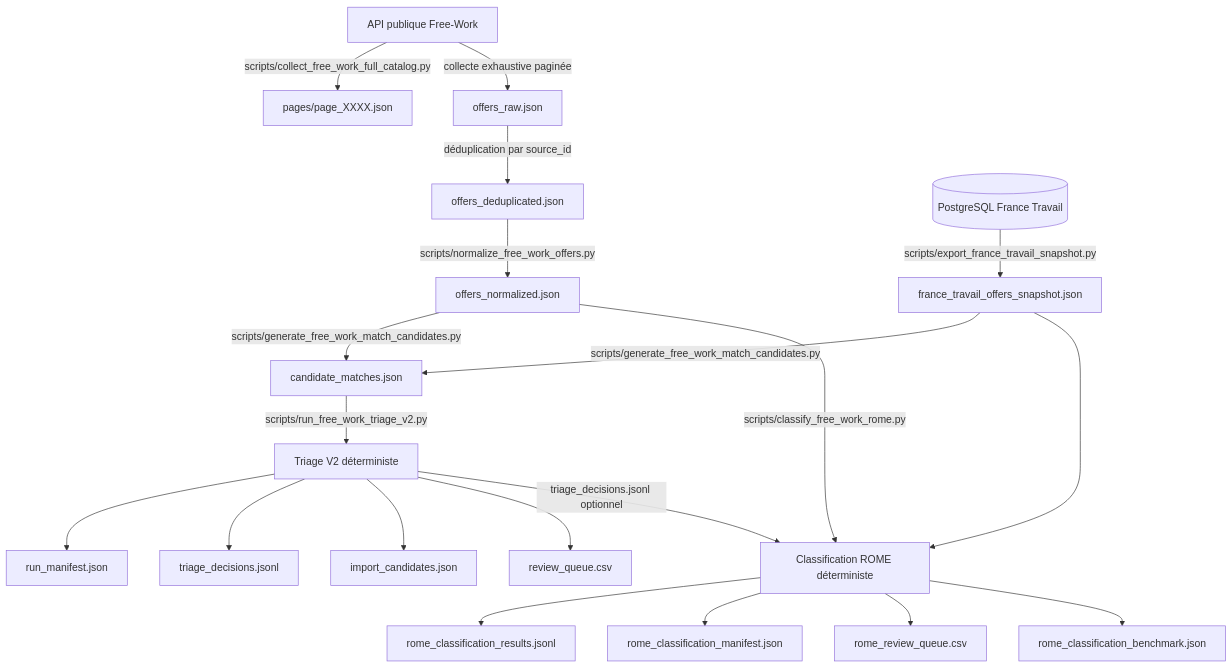
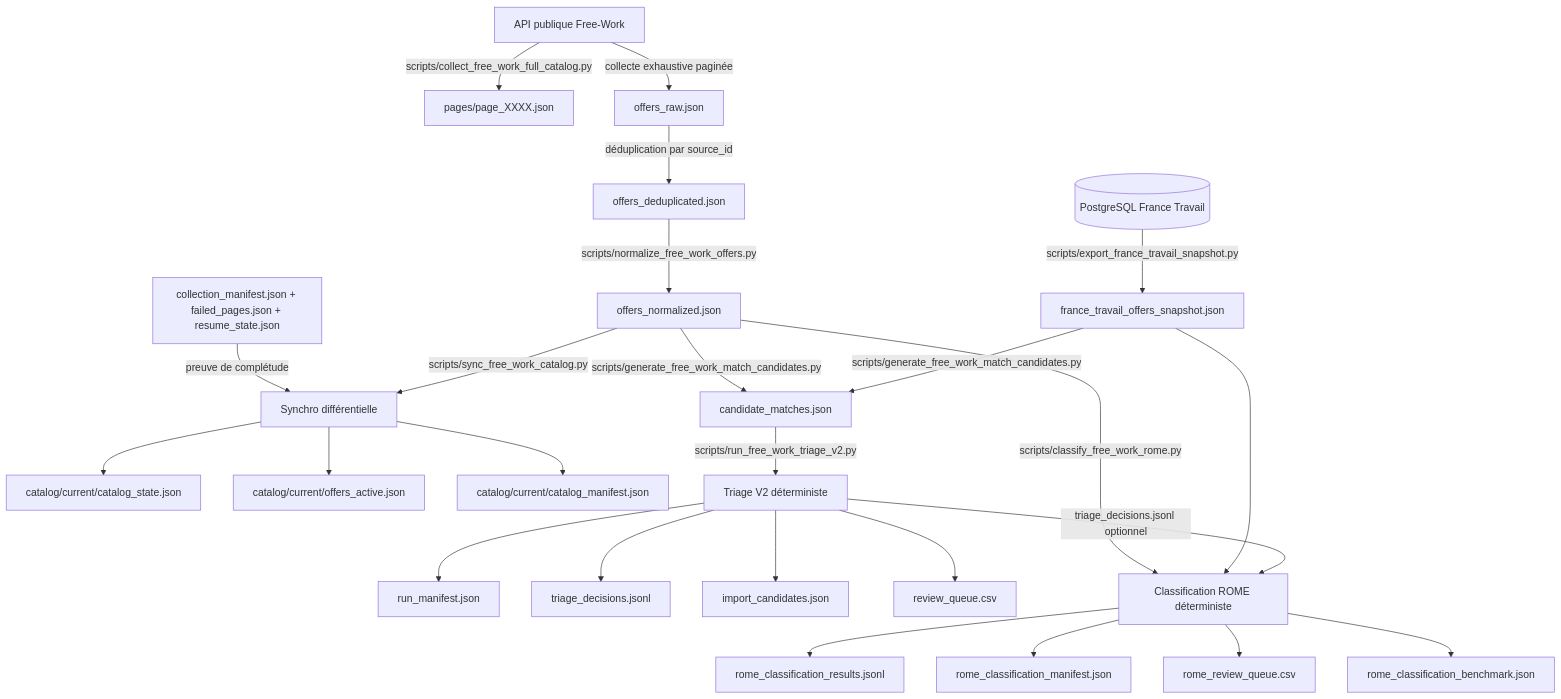
Before and after one commit to cmoileboss/observia-emploi: the second of 4 diagrams in README.md, drawn with Mermaid. The commit also changed other lines of this file and 5 other files, not shown here.

Commit message:
feat(free-work): add differential catalog synchronization

````diff
--- a/README.md
+++ b/README.md
@@ -67,23 +69,28 @@
 ```mermaid
 flowchart TD
     FWAPI[API publique Free-Work] -->|scripts/collect_free_work_full_catalog.py| Pages[pages/page_XXXX.json]
     FWAPI -->|collecte exhaustive paginée| Raw[offers_raw.json]
     Raw -->|déduplication par source_id| Dedup[offers_deduplicated.json]
     Dedup -->|scripts/normalize_free_work_offers.py| Norm[offers_normalized.json]
+    RawBatch[collection_manifest.json + failed_pages.json + resume_state.json] -->|preuve de complétude| Sync[Synchro différentielle]
+    Norm -->|scripts/sync_free_work_catalog.py| Sync
+    Sync --> CatalogState[catalog/current/catalog_state.json]
+    Sync --> ActiveOffers[catalog/current/offers_active.json]
+    Sync --> SyncManifest[catalog/current/catalog_manifest.json]
 
     DB[(PostgreSQL France Travail)] -->|scripts/export_france_travail_snapshot.py| FTSnap[france_travail_offers_snapshot.json]
     Norm -->|scripts/generate_free_work_match_candidates.py| Match[candidate_matches.json]
     FTSnap -->|scripts/generate_free_work_match_candidates.py| Match
     Match -->|scripts/run_free_work_triage_v2.py| Triage[Triage V2 déterministe]
     Triage --> Manifest[run_manifest.json]
     Triage --> Decisions[triage_decisions.jsonl]
     Triage --> Imports[import_candidates.json]
     Triage --> Review[review_queue.csv]
     Norm -->|scripts/classify_free_work_rome.py| Rome[Classification ROME déterministe]
     FTSnap --> Rome
     Triage -->|triage_decisions.jsonl optionnel| Rome
     Rome --> RomeResults[rome_classification_results.jsonl]
     Rome --> RomeManifest[rome_classification_manifest.json]
     Rome --> RomeReview[rome_review_queue.csv]
     Rome --> RomeBenchmark[rome_classification_benchmark.json]
 ```
````
